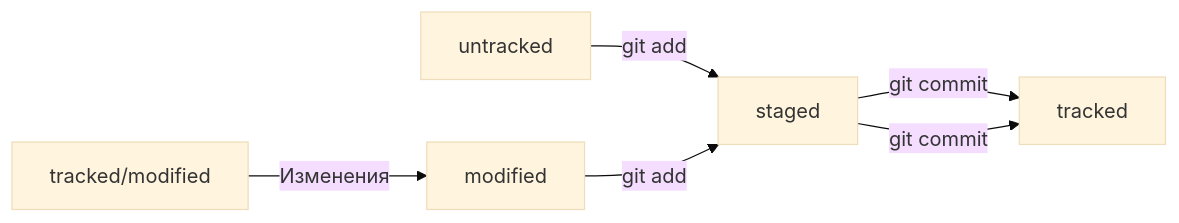
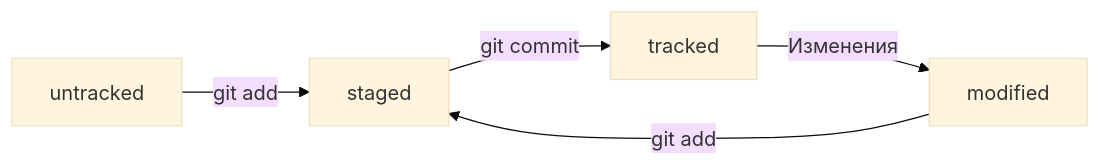
Before and after one commit to CyberSnake-VP/git-manual: the diagram in README.md, drawn with Mermaid (base theme). The commit also changed other lines of this file, not shown here.

Commit message:
Иправить схему mermaid

````diff
--- a/README.md
+++ b/README.md
@@ -195,8 +197,7 @@
 ```mermaid
 graph LR
   untracked -- "git add" --> staged;
   staged    -- "git commit"     --> tracked;
-  tracked/modified -- "Изменения" --> modified;
+  tracked -- "Изменения" --> modified;
   modified -- "git add" --> staged;
-  staged -- "git commit" --> tracked;
 ```
````
